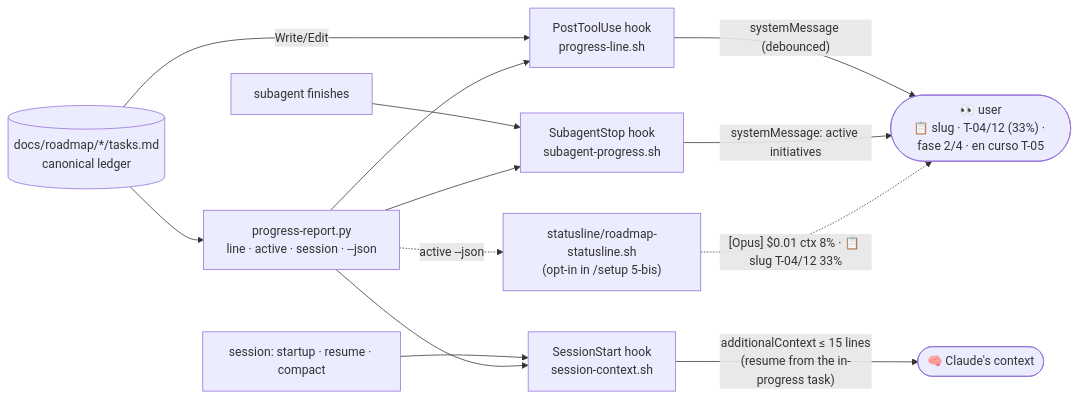
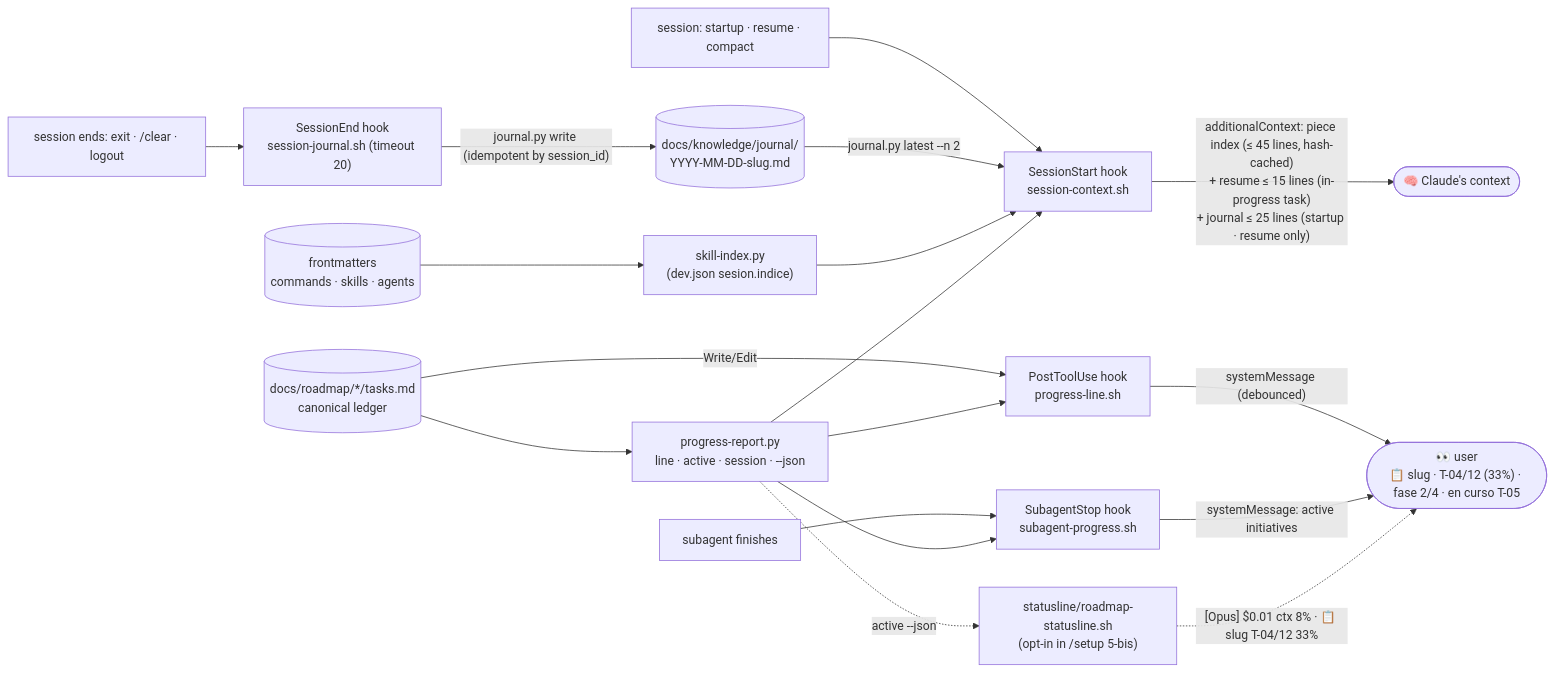
The tenth of 12 diagrams in docs/en/FLOWS.md (daycry/custom-agents), drawn with Mermaid before and after one commit. The commit also changed other lines of this file and 215 other files, not shown here.

````diff
--- a/docs/en/FLOWS.md
+++ b/docs/en/FLOWS.md
@@ -225,13 +284,18 @@
 ```mermaid
 flowchart LR
     L[("docs/roadmap/*/tasks.md<br/>canonical ledger")] -->|Write/Edit| H1["PostToolUse hook<br/>progress-line.sh"]
     H1 -->|"systemMessage (debounced)"| U(["👀 user<br/>📋 slug · T-04/12 (33%) · fase 2/4 · en curso T-05"])
     SA["subagent finishes"] --> H2["SubagentStop hook<br/>subagent-progress.sh"]
     H2 -->|"systemMessage: active initiatives"| U
     SS["session: startup · resume · compact"] --> H3["SessionStart hook<br/>session-context.sh"]
-    H3 -->|"additionalContext ≤ 15 lines<br/>(resume from the in-progress task)"| C(["🧠 Claude's context"])
+    H3 -->|"additionalContext: piece index (≤ 45 lines, hash-cached)<br/>+ resume ≤ 15 lines (in-progress task)<br/>+ journal ≤ 25 lines (startup · resume only)"| C(["🧠 Claude's context"])
+    SE["session ends: exit · /clear · logout"] --> H4["SessionEnd hook<br/>session-journal.sh (timeout 20)"]
+    H4 -->|"journal.py write (idempotent by session_id)"| J[("docs/knowledge/journal/<br/>YYYY-MM-DD-slug.md")]
+    J -->|"journal.py latest --n 2"| H3
+    FM[("frontmatters<br/>commands · skills · agents")] --> SI["skill-index.py<br/>(dev.json sesion.indice)"]
+    SI --> H3
     L --> P["progress-report.py<br/>line · active · session · --json"]
     P --> H1 & H2 & H3
     P -.->|"active --json"| SL["statusline/roadmap-statusline.sh<br/>(opt-in in /setup 5-bis)"]
     SL -.->|"[Opus] $0.01 ctx 8% · 📋 slug T-04/12 33%"| U
 ```
````
